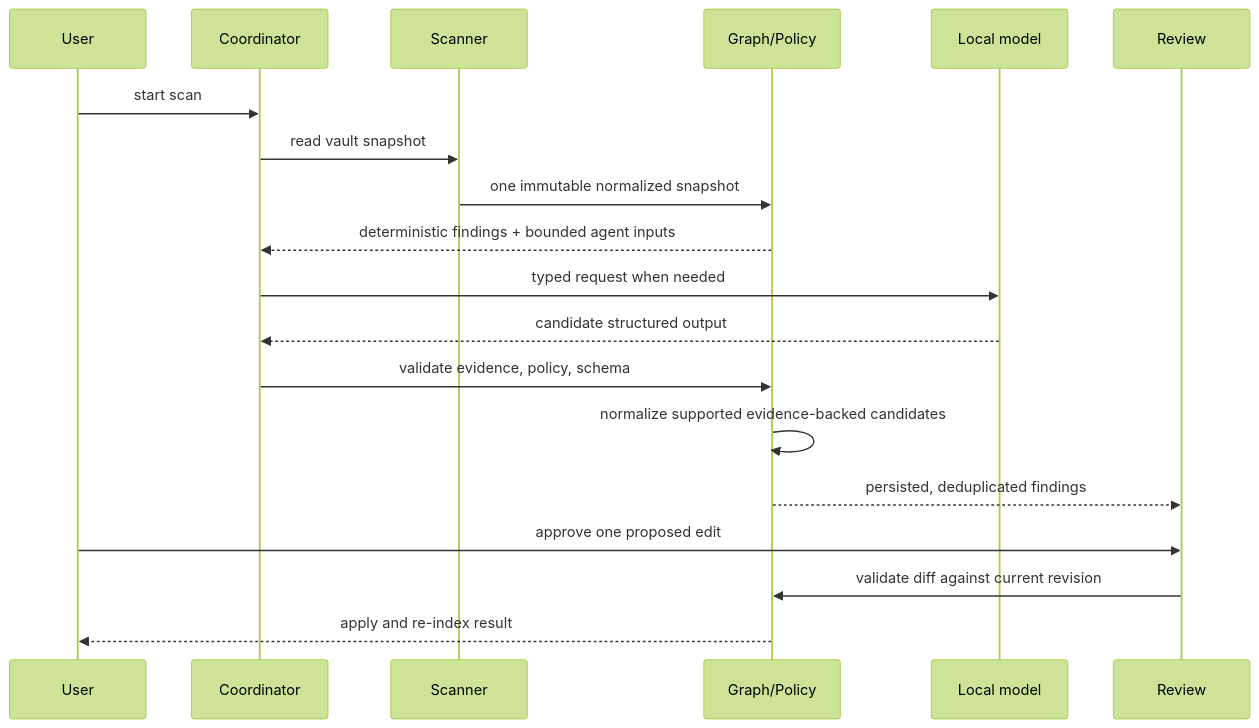
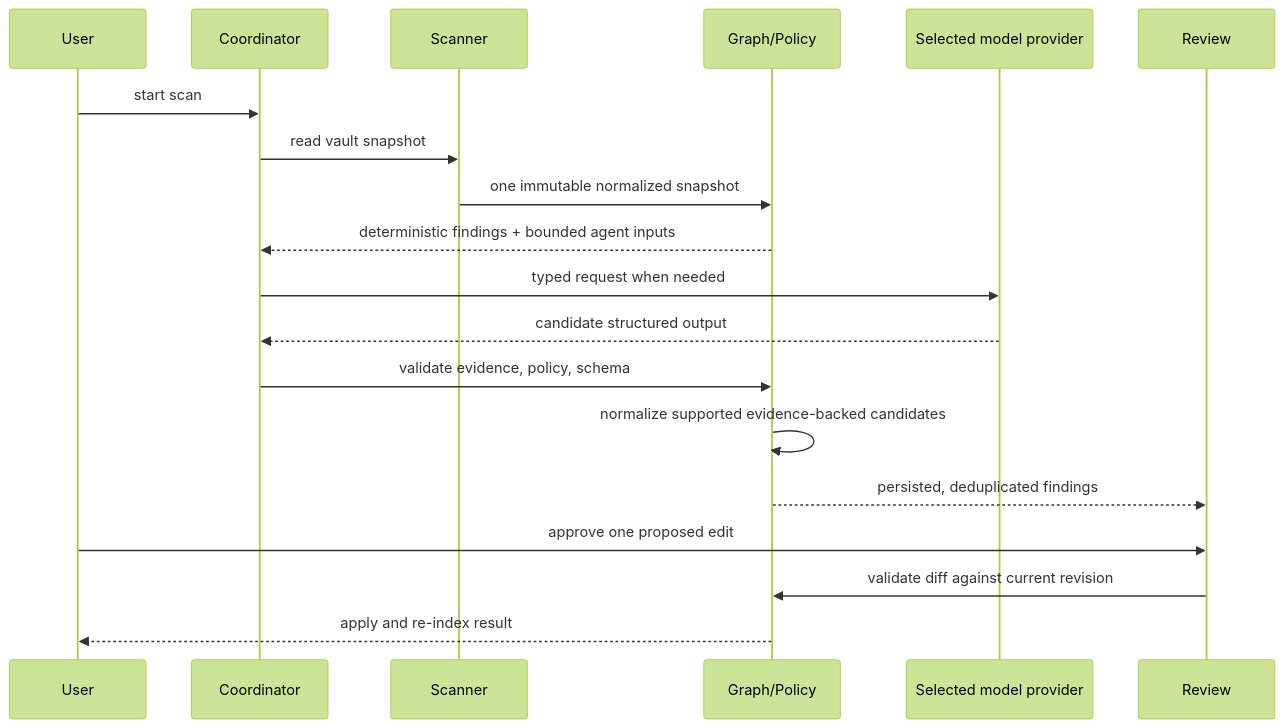
Before and after one commit to ibrahim1023/vault-steward: the second of 2 diagrams in docs/architecture.md, drawn with Mermaid (forest theme). The commit also changed other lines of this file and 14 other files, not shown here.

````diff
--- a/docs/architecture.md
+++ b/docs/architecture.md
@@ -46,21 +47,21 @@
 ```mermaid
 sequenceDiagram
   participant User
   participant Coordinator
   participant Scanner
   participant Core as Graph/Policy
-  participant Model as Local model
+  participant Model as Selected model provider
   participant Review
   User->>Coordinator: start scan
   Coordinator->>Scanner: read vault snapshot
   Scanner->>Core: one immutable normalized snapshot
   Core-->>Coordinator: deterministic findings + bounded agent inputs
   Coordinator->>Model: typed request when needed
   Model-->>Coordinator: candidate structured output
   Coordinator->>Core: validate evidence, policy, schema
   Core->>Core: normalize supported evidence-backed candidates
   Core-->>Review: persisted, deduplicated findings
   User->>Review: approve one proposed edit
   Review->>Core: validate diff against current revision
   Core-->>User: apply and re-index result
 ```
````
